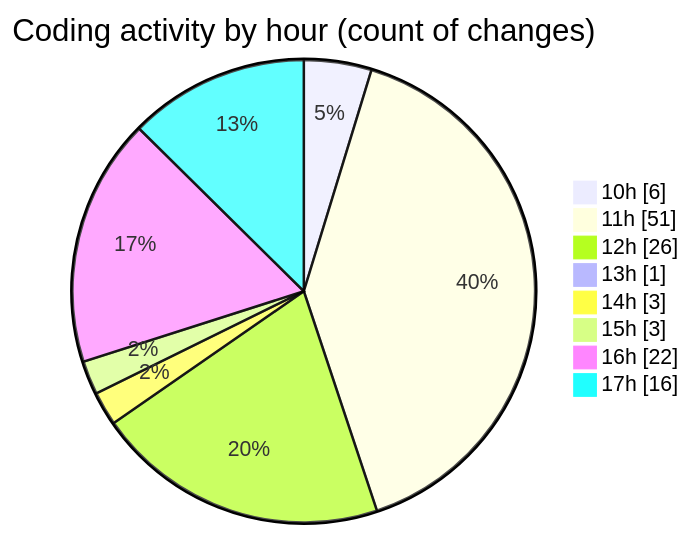
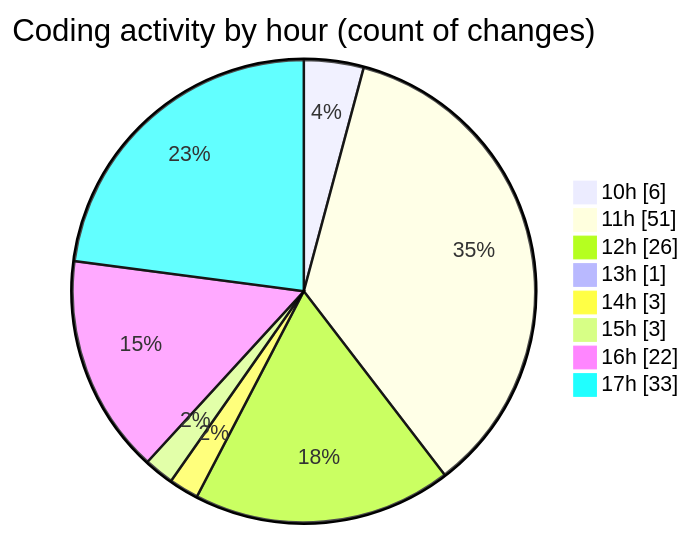
Before and after one commit to nxtqubesakshisongat/code-tracking: the second of 2 diagrams in 2026-04-09/airfeed-analytics-dashboard/README.md, drawn with Mermaid. The commit also changed other lines of this file and 1 other file, not shown here.

````diff
--- a/2026-04-09/airfeed-analytics-dashboard/README.md
+++ b/2026-04-09/airfeed-analytics-dashboard/README.md
@@ -43,12 +44,12 @@
 ```mermaid
 pie showData
 title Coding activity by hour (count of changes)
 "10h" : 6
 "11h" : 51
 "12h" : 26
 "13h" : 1
 "14h" : 3
 "15h" : 3
 "16h" : 22
-"17h" : 16
+"17h" : 33
 ```
````
